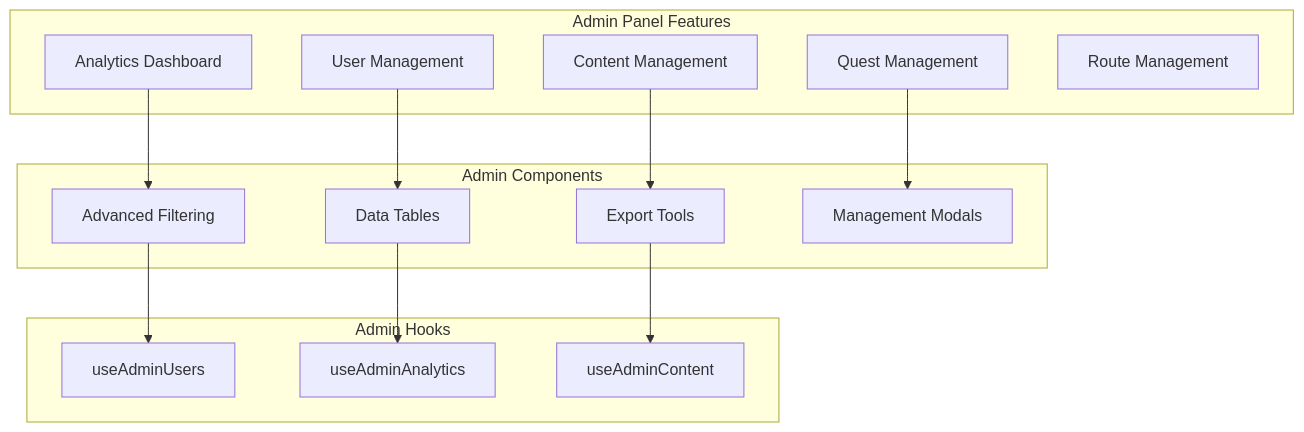
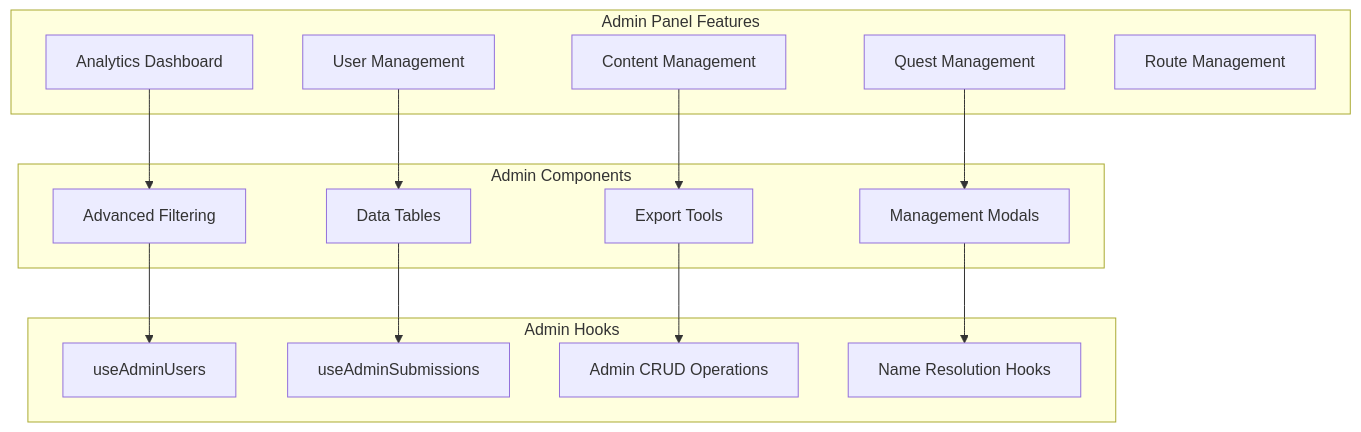
Before and after one commit to sx-tane/tourii: the third of 4 diagrams in docs/ARCHITECTURE.md, drawn with Mermaid. The commit also changed other lines of this file and 315 other files, not shown here.

First line of the commit message:
feat: enhance admin components and API hooks

````diff
--- a/docs/ARCHITECTURE.md
+++ b/docs/ARCHITECTURE.md
@@ -317,32 +354,34 @@
 ```mermaid
 graph TB
     subgraph "Admin Panel Features"
         ANALYTICS[Analytics Dashboard]
         USER_MGMT[User Management]
         CONTENT[Content Management]
         QUEST_MGMT[Quest Management]
         ROUTE_MGMT[Route Management]
     end
     
     subgraph "Admin Components"
         FILTERS[Advanced Filtering]
         TABLES[Data Tables]
         EXPORT[Export Tools]
         MODALS[Management Modals]
     end
     
     subgraph "Admin Hooks"
         ADMIN_USERS[useAdminUsers]
-        ADMIN_ANALYTICS[useAdminAnalytics]
-        ADMIN_CONTENT[useAdminContent]
+        ADMIN_SUBMISSIONS[useAdminSubmissions]
+        ADMIN_CRUD[Admin CRUD Operations]
+        NAME_RESOLUTION[Name Resolution Hooks]
     end
     
     ANALYTICS --> FILTERS
     USER_MGMT --> TABLES
     CONTENT --> EXPORT
     QUEST_MGMT --> MODALS
     
     FILTERS --> ADMIN_USERS
-    TABLES --> ADMIN_ANALYTICS
-    EXPORT --> ADMIN_CONTENT
+    TABLES --> ADMIN_SUBMISSIONS
+    EXPORT --> ADMIN_CRUD
+    MODALS --> NAME_RESOLUTION
 ```
````
